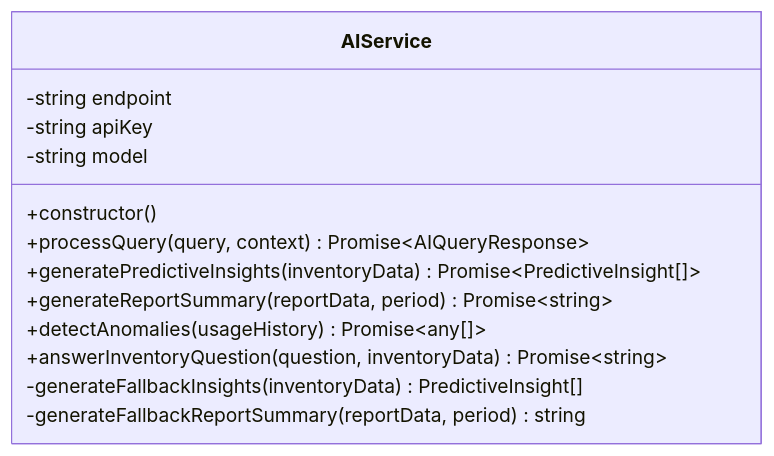
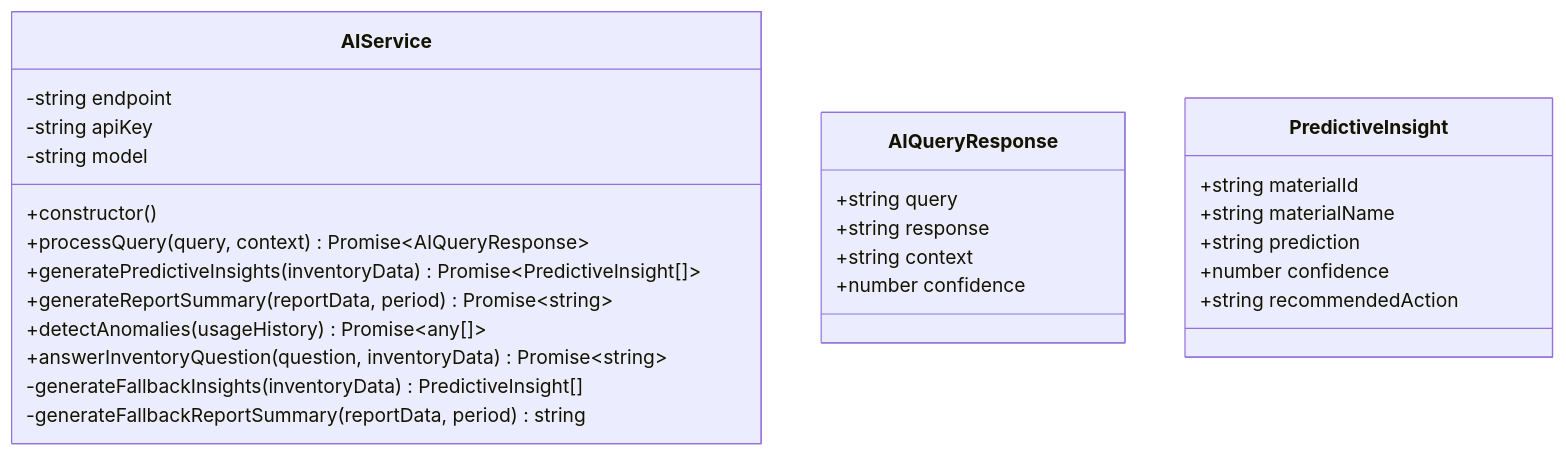
The fifth of 8 diagrams in .qoder/repowiki/en/content/Core Features/AI Assistant.md (cacamarica/dashboard-ai), drawn with Mermaid before and after one commit. The commit also changed other lines of this file and 5 other files, not shown here.

````diff
--- a/.qoder/repowiki/en/content/Core Features/AI Assistant.md
+++ b/.qoder/repowiki/en/content/Core Features/AI Assistant.md
@@ -221,16 +233,29 @@
 ```mermaid
 classDiagram
 class AIService {
 -string endpoint
 -string apiKey
 -string model
 +constructor()
 +processQuery(query, context) Promise~AIQueryResponse~
 +generatePredictiveInsights(inventoryData) Promise~PredictiveInsight[]~
 +generateReportSummary(reportData, period) Promise~string~
 +detectAnomalies(usageHistory) Promise~any[]~
 +answerInventoryQuestion(question, inventoryData) Promise~string~
 -generateFallbackInsights(inventoryData) PredictiveInsight[]
 -generateFallbackReportSummary(reportData, period) string
 }
+class AIQueryResponse {
++string query
++string response
++string context
++number confidence
+}
+class PredictiveInsight {
++string materialId
++string materialName
++string prediction
++number confidence
++string recommendedAction
+}
 ```
````
